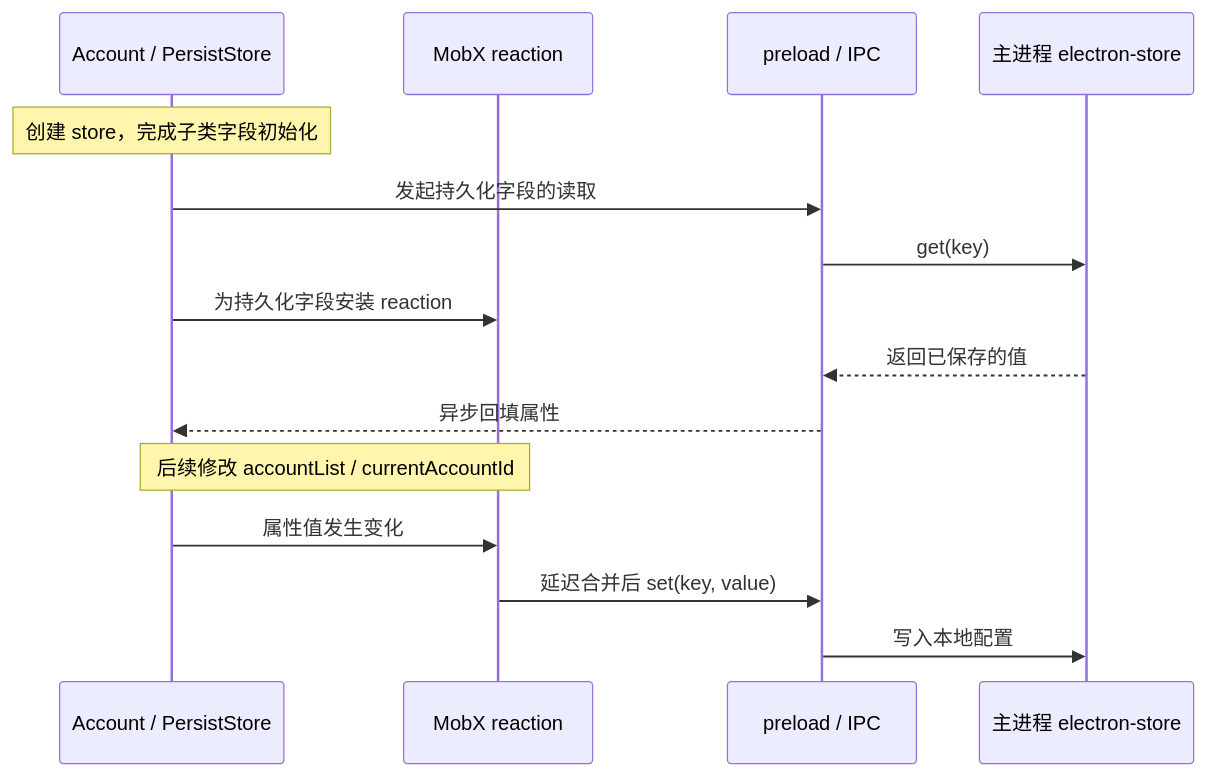
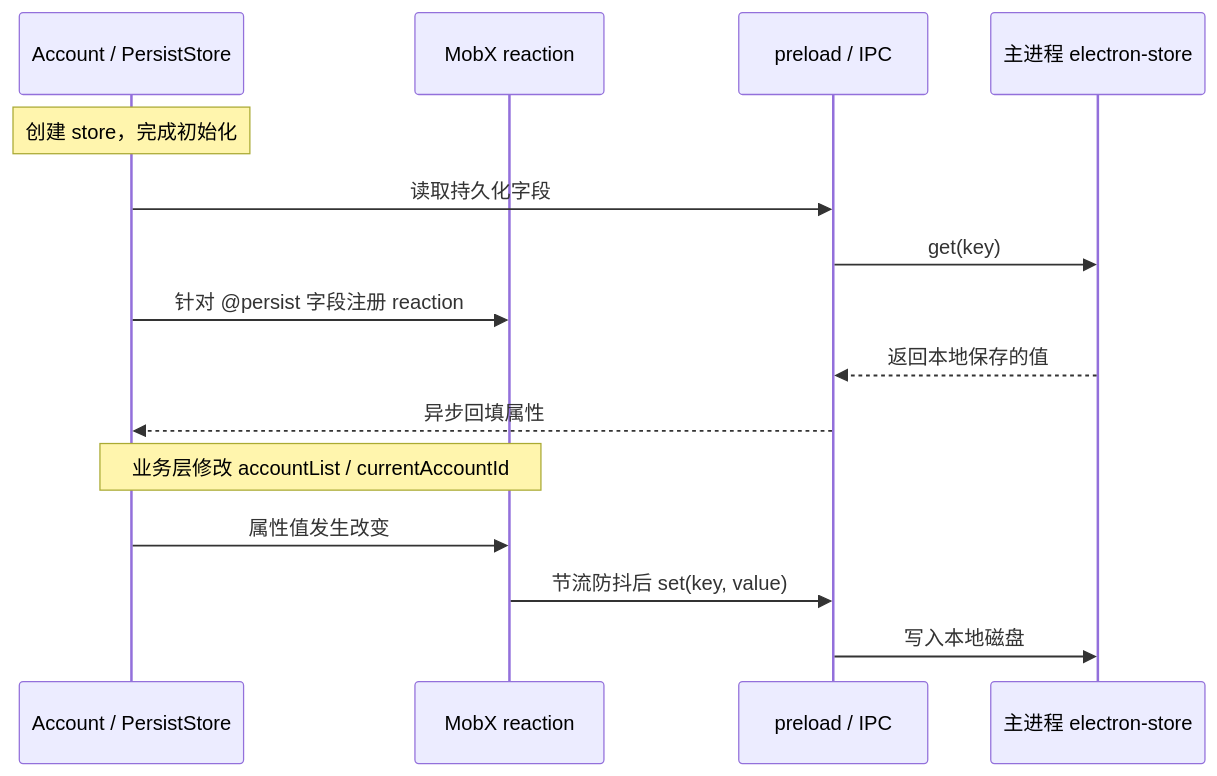
The third of 13 diagrams in source/_posts/2025-09-14-electron-tiangong.md (yyxTheOracle/MyBlog), drawn with Mermaid before and after one commit. The commit also changed other lines of this file, not shown here.

````diff
--- a/source/_posts/2025-09-14-electron-tiangong.md
+++ b/source/_posts/2025-09-14-electron-tiangong.md
@@ -182,17 +135,17 @@
 ```mermaid
 sequenceDiagram
     participant S as Account / PersistStore
     participant R as MobX reaction
     participant P as preload / IPC
     participant D as 主进程 electron-store
-    Note over S: 创建 store，完成子类字段初始化
-    S->>P: 发起持久化字段的读取
+    Note over S: 创建 store，完成初始化
+    S->>P: 读取持久化字段
     P->>D: get(key)
-    S->>R: 为持久化字段安装 reaction
-    D-->>P: 返回已保存的值
+    S->>R: 针对 @persist 字段注册 reaction
+    D-->>P: 返回本地保存的值
     P-->>S: 异步回填属性
-    Note over S,R: 后续修改 accountList / currentAccountId
-    S->>R: 属性值发生变化
-    R->>P: 延迟合并后 set(key, value)
-    P->>D: 写入本地配置
+    Note over S,R: 业务层修改 accountList / currentAccountId
+    S->>R: 属性值发生改变
+    R->>P: 节流防抖后 set(key, value)
+    P->>D: 写入本地磁盘
 ```
````
